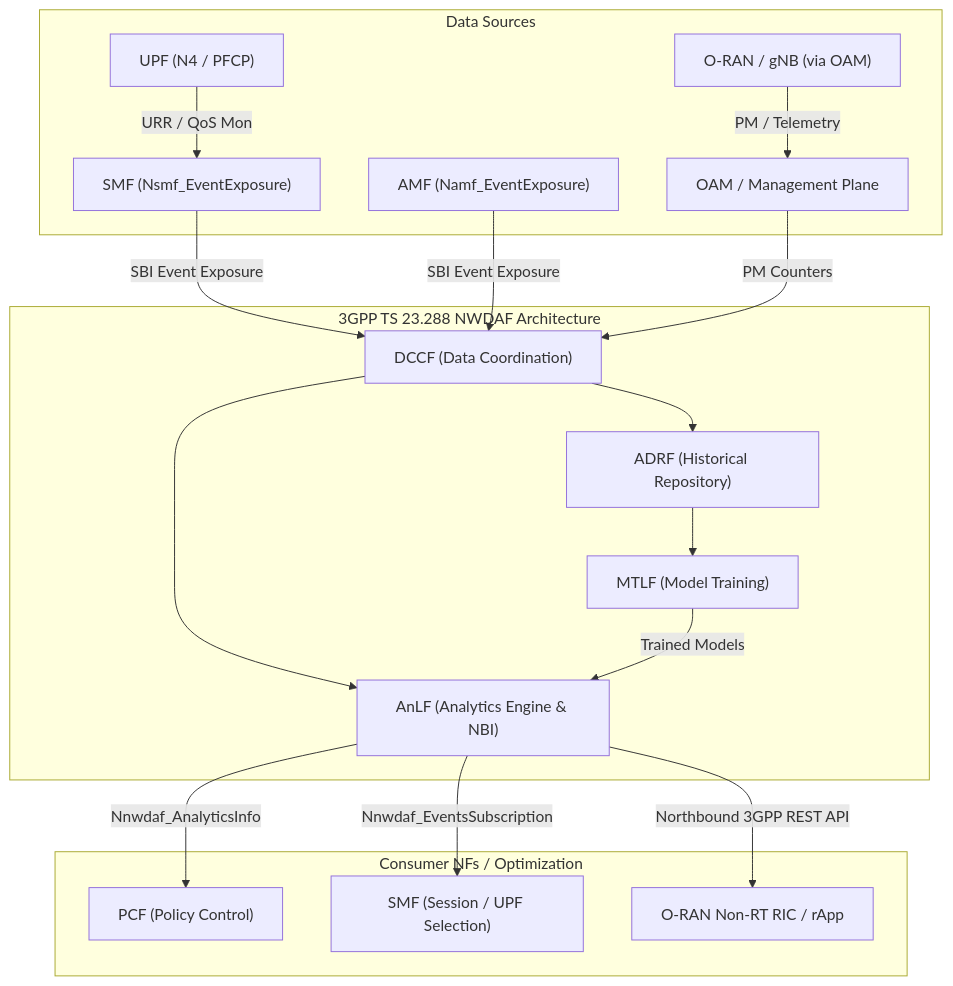
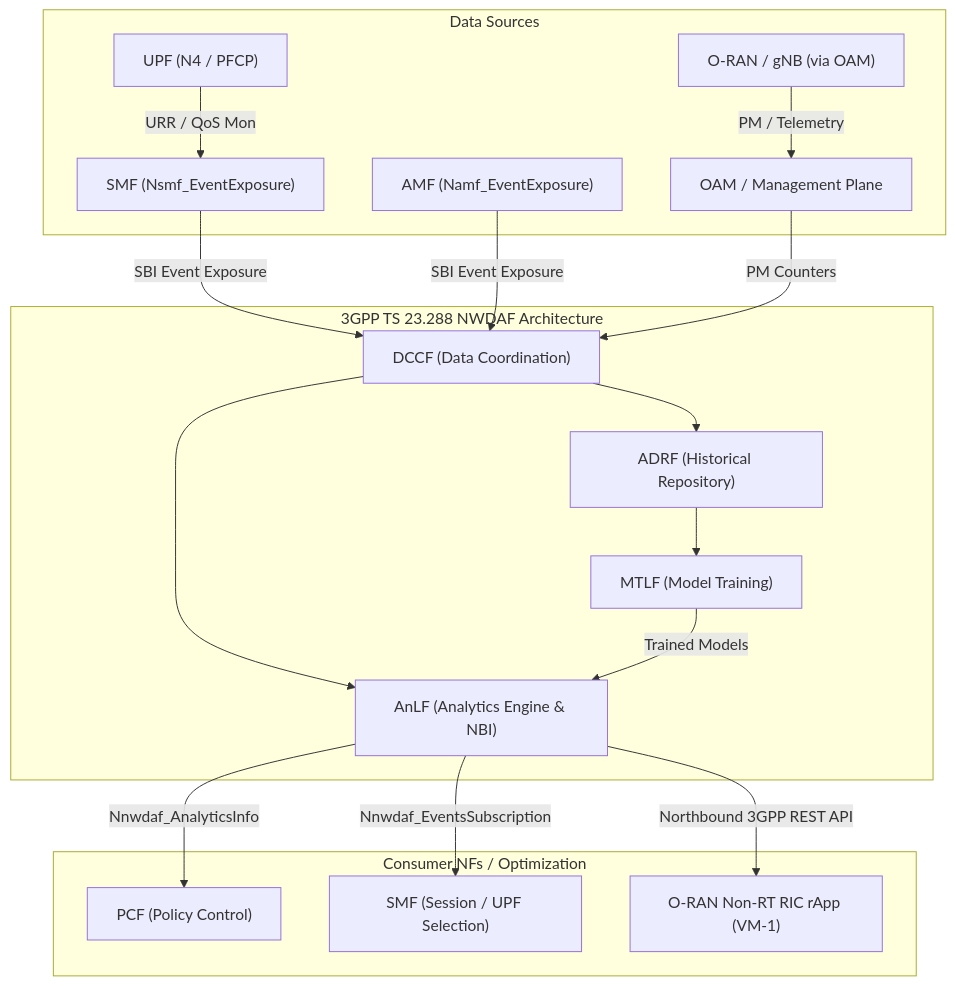
Before and after one commit to IdhulRahman/Thesis: the diagram in docs/NWDAF-Instructions.md, drawn with Mermaid. The commit also changed other lines of this file, not shown here.

Commit message:
docs: correct NWDAF architecture delimitation, rApp location, and code audit details

````diff
--- a/docs/NWDAF-Instructions.md
+++ b/docs/NWDAF-Instructions.md
@@ -81,38 +85,38 @@
 ```mermaid
 flowchart TD
     subgraph Data Sources
         UPF["UPF (N4 / PFCP)"]
         SMF["SMF (Nsmf_EventExposure)"]
         AMF["AMF (Namf_EventExposure)"]
         OAM["OAM / Management Plane"]
         RAN["O-RAN / gNB (via OAM)"]
     end
 
     subgraph 3GPP TS 23.288 NWDAF Architecture
         DCCF["DCCF (Data Coordination)"]
         ADRF["ADRF (Historical Repository)"]
         MTLF["MTLF (Model Training)"]
         AnLF["AnLF (Analytics Engine & NBI)"]
     end
 
     subgraph Consumer NFs / Optimization
         PCF["PCF (Policy Control)"]
         SMF_C["SMF (Session / UPF Selection)"]
-        RIC["O-RAN Non-RT RIC / rApp"]
+        RIC["O-RAN Non-RT RIC rApp (VM-1)"]
     end
 
     UPF -->|URR / QoS Mon| SMF
     SMF -->|SBI Event Exposure| DCCF
     AMF -->|SBI Event Exposure| DCCF
     OAM -->|PM Counters| DCCF
     RAN -->|PM / Telemetry| OAM
 
     DCCF --> ADRF
     DCCF --> AnLF
     ADRF --> MTLF
     MTLF -->|Trained Models| AnLF
 
     AnLF -->|Nnwdaf_AnalyticsInfo| PCF
     AnLF -->|Nnwdaf_EventsSubscription| SMF_C
     AnLF -->|Northbound 3GPP REST API| RIC
 ```
````
